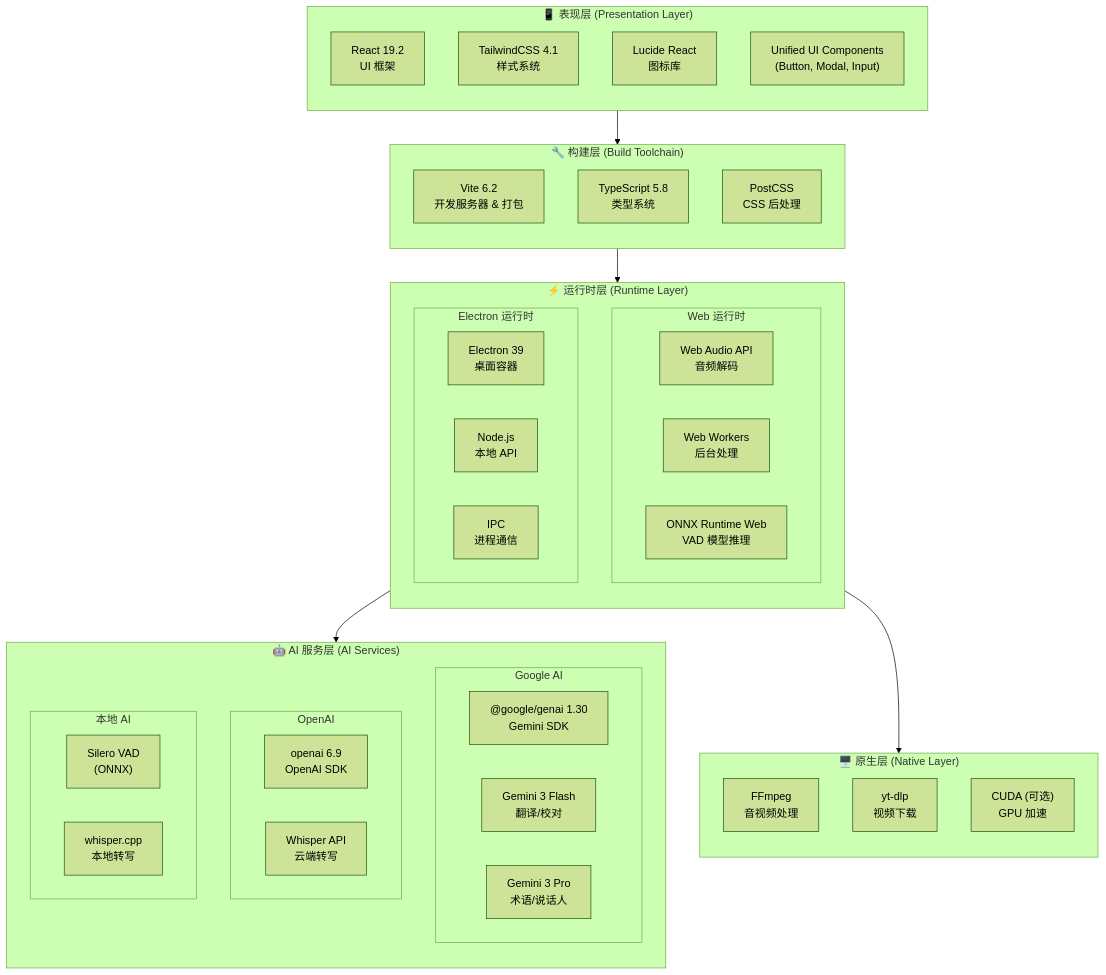
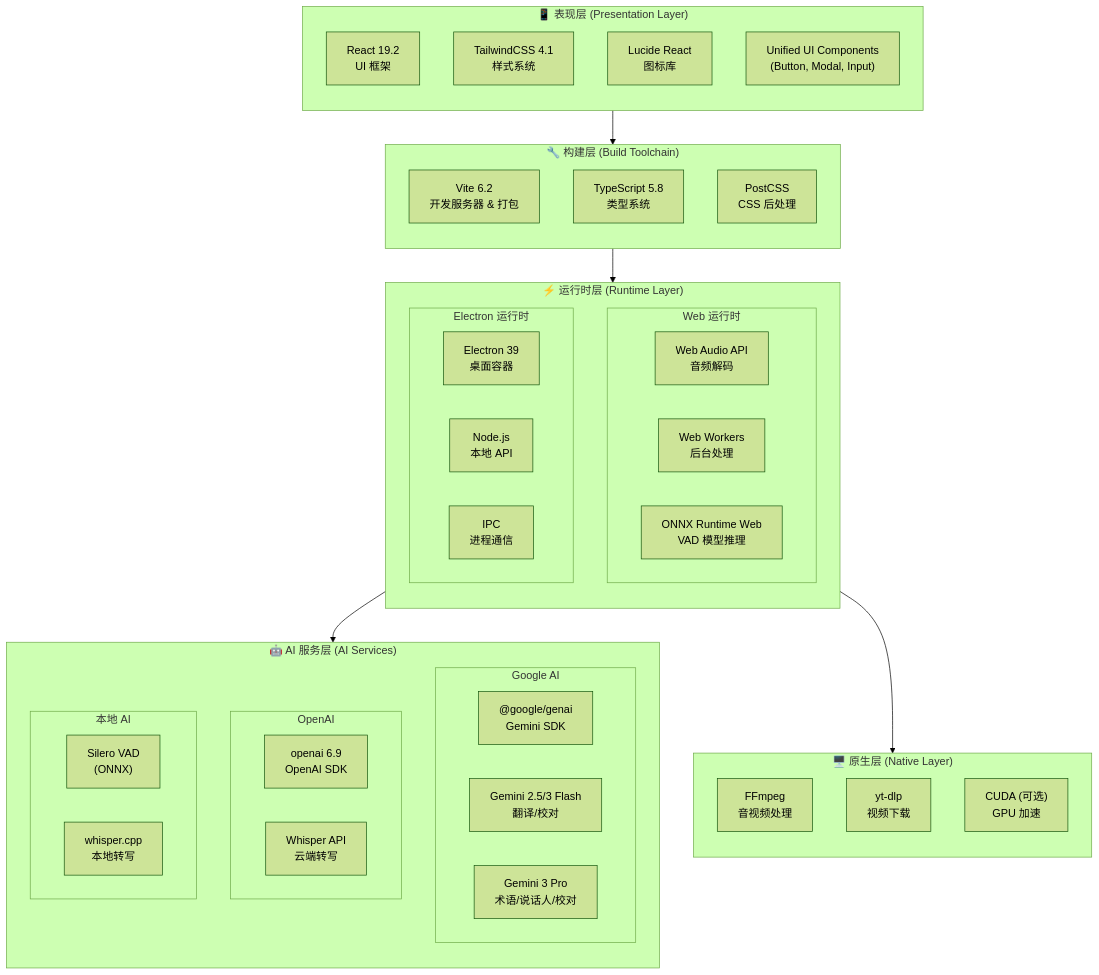
Before and after one commit to corvo007/Gemini-Subtitle-Pro: the first of 14 diagrams in docs/ARCHITECTURE.md, drawn with Mermaid (forest theme). The commit also changed other lines of this file, not shown here.

Commit message:
docs: update architecture with centralized model config and new components

````diff
--- a/docs/ARCHITECTURE.md
+++ b/docs/ARCHITECTURE.md
@@ -16,65 +16,65 @@
 ```mermaid
 flowchart TB
     subgraph PRESENTATION["📱 表现层 (Presentation Layer)"]
         direction TB
         REACT["React 19.2<br/>UI 框架"]
         TAILWIND["TailwindCSS 4.1<br/>样式系统"]
         LUCIDE["Lucide React<br/>图标库"]
         UI_LIB["Unified UI Components<br/>(Button, Modal, Input)"]
     end
 
     subgraph BUILD["🔧 构建层 (Build Toolchain)"]
         direction TB
         VITE["Vite 6.2<br/>开发服务器 & 打包"]
         TS["TypeScript 5.8<br/>类型系统"]
         POSTCSS["PostCSS<br/>CSS 后处理"]
     end
 
     subgraph RUNTIME["⚡ 运行时层 (Runtime Layer)"]
         direction TB
 
         subgraph WEB["Web 运行时"]
             WEB_AUDIO["Web Audio API<br/>音频解码"]
             WEB_WORKER["Web Workers<br/>后台处理"]
             ONNX["ONNX Runtime Web<br/>VAD 模型推理"]
         end
 
         subgraph ELECTRON_RT["Electron 运行时"]
             ELECTRON["Electron 39<br/>桌面容器"]
             NODE["Node.js<br/>本地 API"]
             IPC["IPC<br/>进程通信"]
         end
     end
 
     subgraph AI["🤖 AI 服务层 (AI Services)"]
         direction TB
 
         subgraph GOOGLE["Google AI"]
-            GEMINI_SDK["@google/genai 1.30<br/>Gemini SDK"]
-            FLASH["Gemini 3 Flash<br/>翻译/校对"]
-            PRO["Gemini 3 Pro<br/>术语/说话人"]
+            GEMINI_SDK["@google/genai<br/>Gemini SDK"]
+            FLASH["Gemini 2.5/3 Flash<br/>翻译/校对"]
+            PRO["Gemini 3 Pro<br/>术语/说话人/校对"]
         end
 
         subgraph OPENAI_SVC["OpenAI"]
             OPENAI_SDK["openai 6.9<br/>OpenAI SDK"]
             WHISPER_API["Whisper API<br/>云端转写"]
         end
 
         subgraph LOCAL_AI["本地 AI"]
             VAD["Silero VAD<br/>(ONNX)"]
             WHISPER_CPP["whisper.cpp<br/>本地转写"]
         end
     end
 
     subgraph NATIVE["🖥️ 原生层 (Native Layer)"]
         direction TB
         FFMPEG_BIN["FFmpeg<br/>音视频处理"]
         YT_DLP["yt-dlp<br/>视频下载"]
         CUDA["CUDA (可选)<br/>GPU 加速"]
     end
 
     PRESENTATION --> BUILD
     BUILD --> RUNTIME
     RUNTIME --> AI
     ELECTRON_RT --> NATIVE
 ```
````
